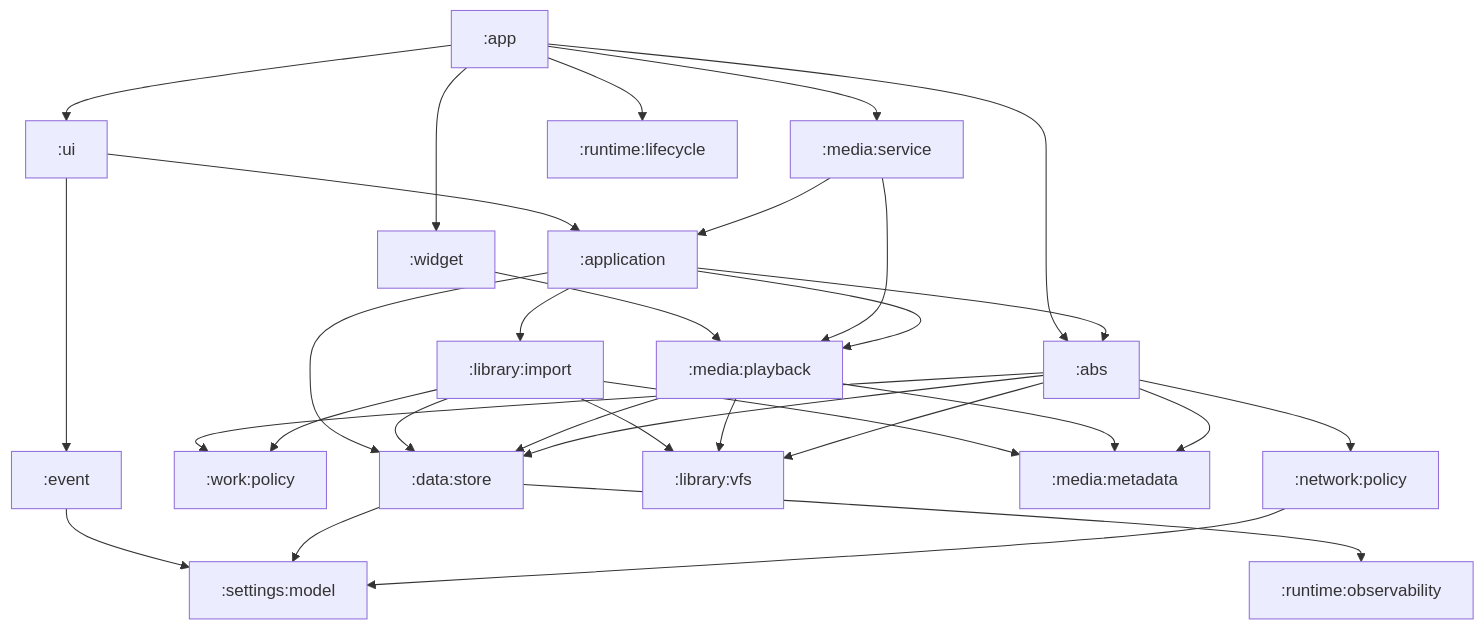
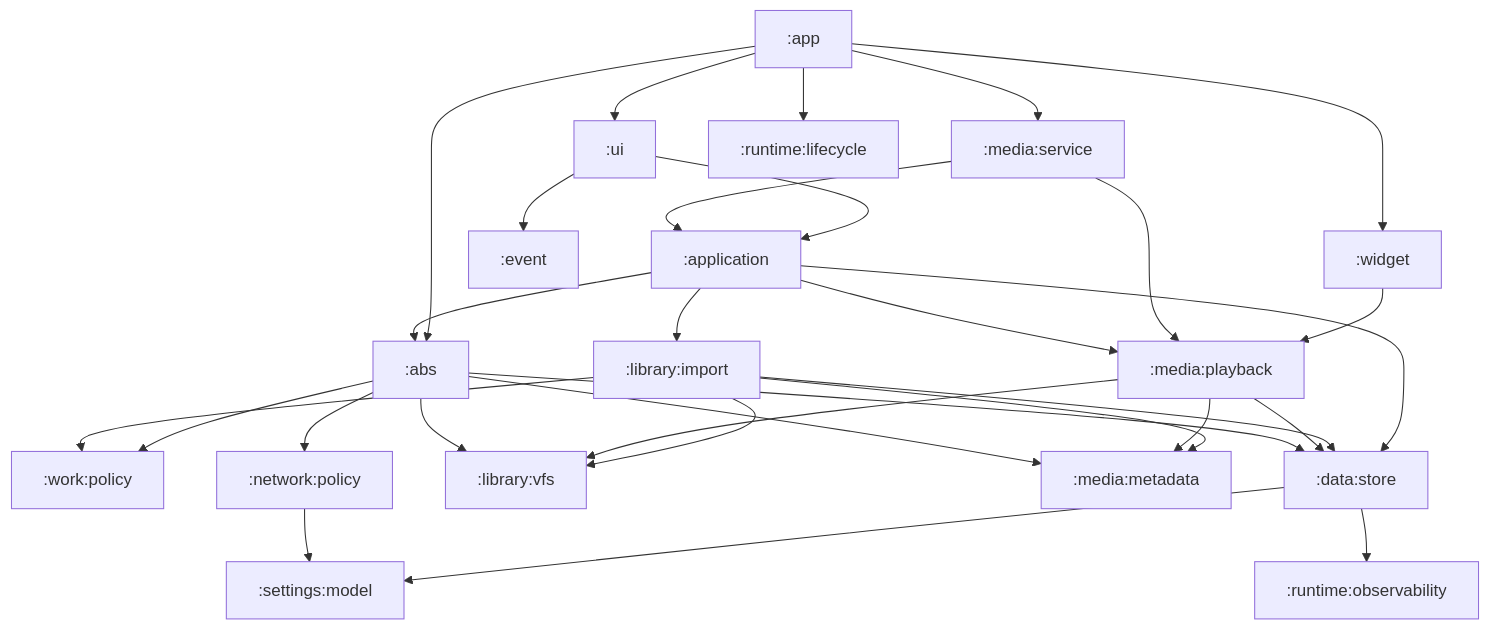
One commit to Viel0320/Oto changed the diagram in docs/multi-module-domain-migration-plan.md. Above: the diagram before and after it, drawn with Mermaid. The commit also changed other lines of this file and 19 other files, not shown here.

````diff
--- a/docs/multi-module-domain-migration-plan.md
+++ b/docs/multi-module-domain-migration-plan.md
@@ -23,51 +23,50 @@
 ```mermaid
 flowchart TD
     app[":app"]
     ui[":ui"]
     widget[":widget"]
     event[":event"]
     workPolicy[":work:policy"]
     application[":application"]
     data[":data:store"]
     libraryVfs[":library:vfs"]
     libraryImport[":library:import"]
     mediaMetadata[":media:metadata"]
     mediaPlayback[":media:playback"]
     mediaService[":media:service"]
     abs[":abs"]
     settings[":settings:model"]
     network[":network:policy"]
     lifecycle[":runtime:lifecycle"]
     observability[":runtime:observability"]
 
     app --> ui
     app --> widget
     app --> mediaService
     app --> abs
     app --> lifecycle
     ui --> application
     ui --> event
     widget --> mediaPlayback
     mediaService --> mediaPlayback
     mediaService --> application
     application --> data
     application --> libraryImport
     application --> mediaPlayback
     application --> abs
-    event --> settings
     data --> settings
     data --> observability
     libraryImport --> libraryVfs
     libraryImport --> mediaMetadata
     libraryImport --> data
     mediaPlayback --> mediaMetadata
     mediaPlayback --> libraryVfs
     mediaPlayback --> data
     abs --> data
     abs --> libraryVfs
     abs --> mediaMetadata
     abs --> network
     abs --> workPolicy
     network --> settings
     libraryImport --> workPolicy
 ```
````
